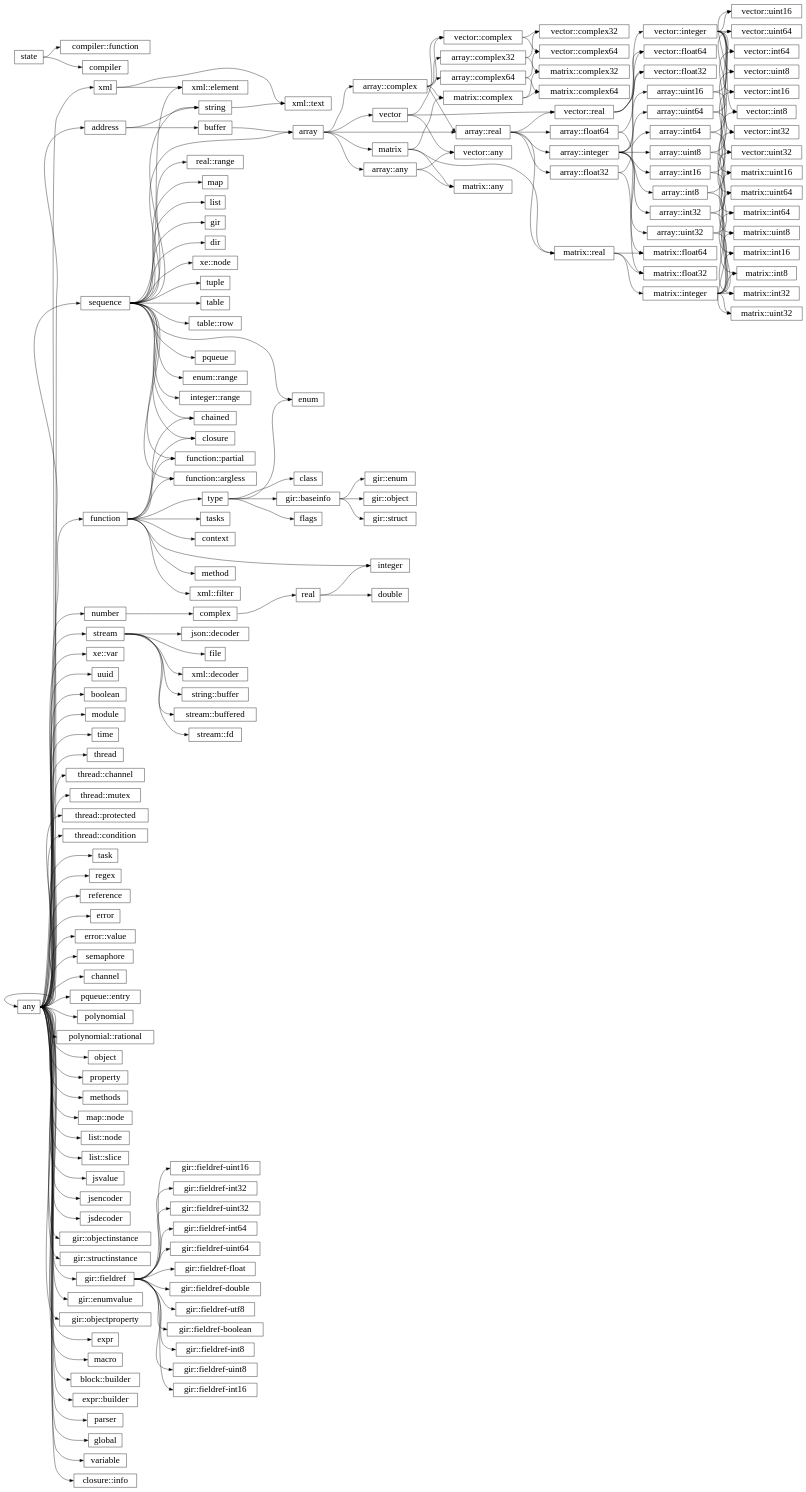
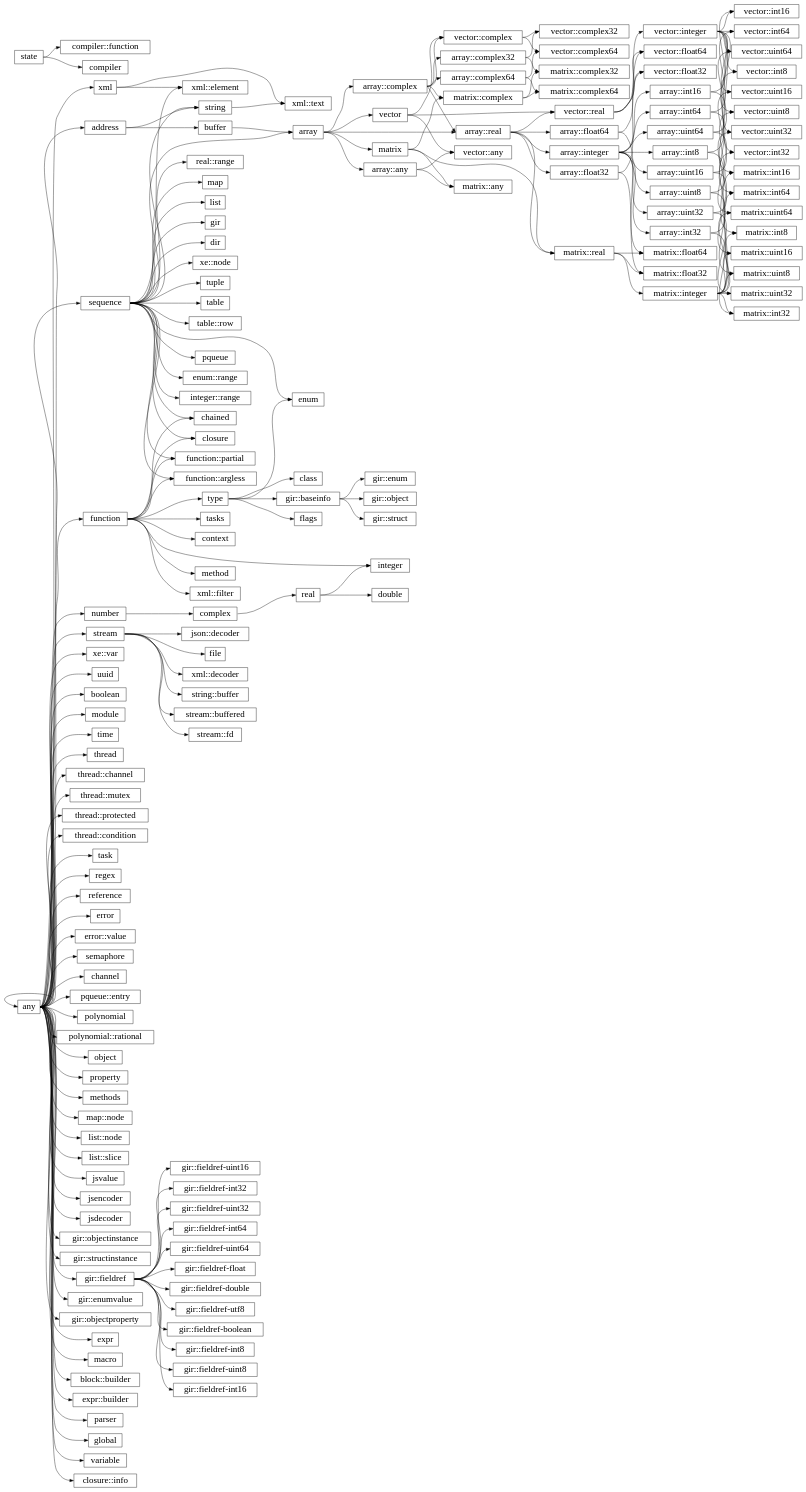
The diagram in docs/library/hierarchy.rst (wrapl/minilang), drawn with Graphviz before and after one commit. The commit also changed other lines of this file and 10 other files, not shown here.

```diff
--- a/docs/library/hierarchy.rst
+++ b/docs/library/hierarchy.rst
@@ -145,46 +145,46 @@
       "array::real":e -> "matrix::real":w;
       "matrix":e -> "matrix::real":w;
       "matrix::real":e -> "matrix::integer":w;
+      "array::integer":e -> "array::uint8":w;
+      "vector::integer":e -> "vector::uint8":w;
+      "array::uint8":e -> "vector::uint8":w;
+      "matrix::integer":e -> "matrix::uint8":w;
+      "array::uint8":e -> "matrix::uint8":w;
       "array::integer":e -> "array::int8":w;
       "vector::integer":e -> "vector::int8":w;
       "array::int8":e -> "vector::int8":w;
       "matrix::integer":e -> "matrix::int8":w;
       "array::int8":e -> "matrix::int8":w;
-      "array::integer":e -> "array::uint8":w;
-      "vector::integer":e -> "vector::uint8":w;
-      "array::uint8":e -> "vector::uint8":w;
-      "matrix::integer":e -> "matrix::uint8":w;
-      "array::uint8":e -> "matrix::uint8":w;
+      "array::integer":e -> "array::uint16":w;
+      "vector::integer":e -> "vector::uint16":w;
+      "array::uint16":e -> "vector::uint16":w;
+      "matrix::integer":e -> "matrix::uint16":w;
+      "array::uint16":e -> "matrix::uint16":w;
       "array::integer":e -> "array::int16":w;
       "vector::integer":e -> "vector::int16":w;
       "array::int16":e -> "vector::int16":w;
       "matrix::integer":e -> "matrix::int16":w;
       "array::int16":e -> "matrix::int16":w;
-      "array::integer":e -> "array::uint16":w;
-      "vector::integer":e -> "vector::uint16":w;
-      "array::uint16":e -> "vector::uint16":w;
-      "matrix::integer":e -> "matrix::uint16":w;
-      "array::uint16":e -> "matrix::uint16":w;
+      "array::integer":e -> "array::uint32":w;
+      "vector::integer":e -> "vector::uint32":w;
+      "array::uint32":e -> "vector::uint32":w;
+      "matrix::integer":e -> "matrix::uint32":w;
+      "array::uint32":e -> "matrix::uint32":w;
       "array::integer":e -> "array::int32":w;
       "vector::integer":e -> "vector::int32":w;
       "array::int32":e -> "vector::int32":w;
       "matrix::integer":e -> "matrix::int32":w;
       "array::int32":e -> "matrix::int32":w;
-      "array::integer":e -> "array::uint32":w;
-      "vector::integer":e -> "vector::uint32":w;
-      "array::uint32":e -> "vector::uint32":w;
-      "matrix::integer":e -> "matrix::uint32":w;
-      "array::uint32":e -> "matrix::uint32":w;
+      "array::integer":e -> "array::uint64":w;
+      "vector::integer":e -> "vector::uint64":w;
+      "array::uint64":e -> "vector::uint64":w;
+      "matrix::integer":e -> "matrix::uint64":w;
+      "array::uint64":e -> "matrix::uint64":w;
       "array::integer":e -> "array::int64":w;
       "vector::integer":e -> "vector::int64":w;
       "array::int64":e -> "vector::int64":w;
       "matrix::integer":e -> "matrix::int64":w;
       "array::int64":e -> "matrix::int64":w;
-      "array::integer":e -> "array::uint64":w;
-      "vector::integer":e -> "vector::uint64":w;
-      "array::uint64":e -> "vector::uint64":w;
-      "matrix::integer":e -> "matrix::uint64":w;
-      "array::uint64":e -> "matrix::uint64":w;
       "array::real":e -> "array::float32":w;
       "vector::real":e -> "vector::float32":w;
       "array::float32":e -> "vector::float32":w;
```
